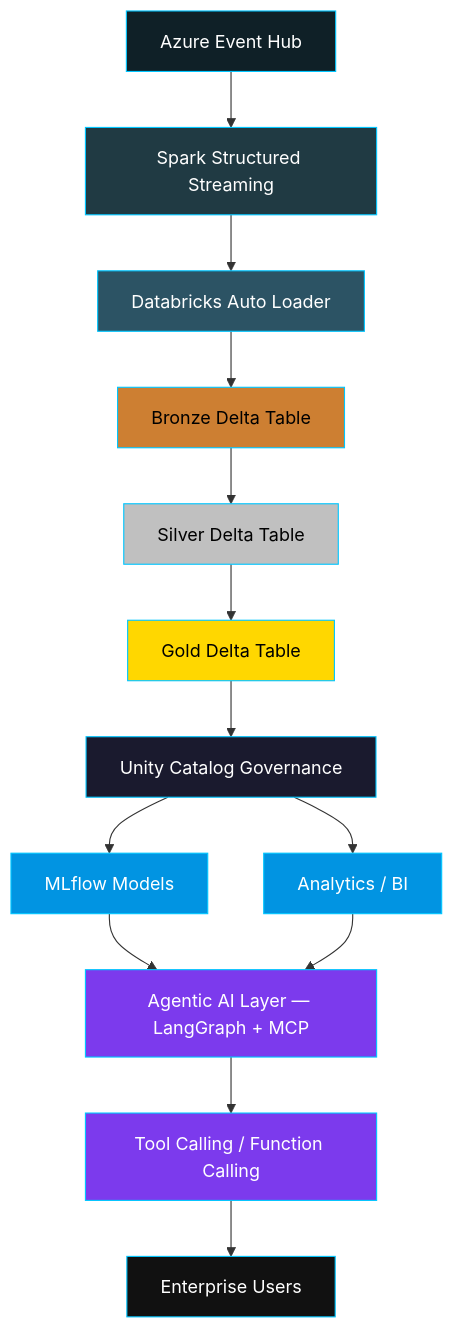
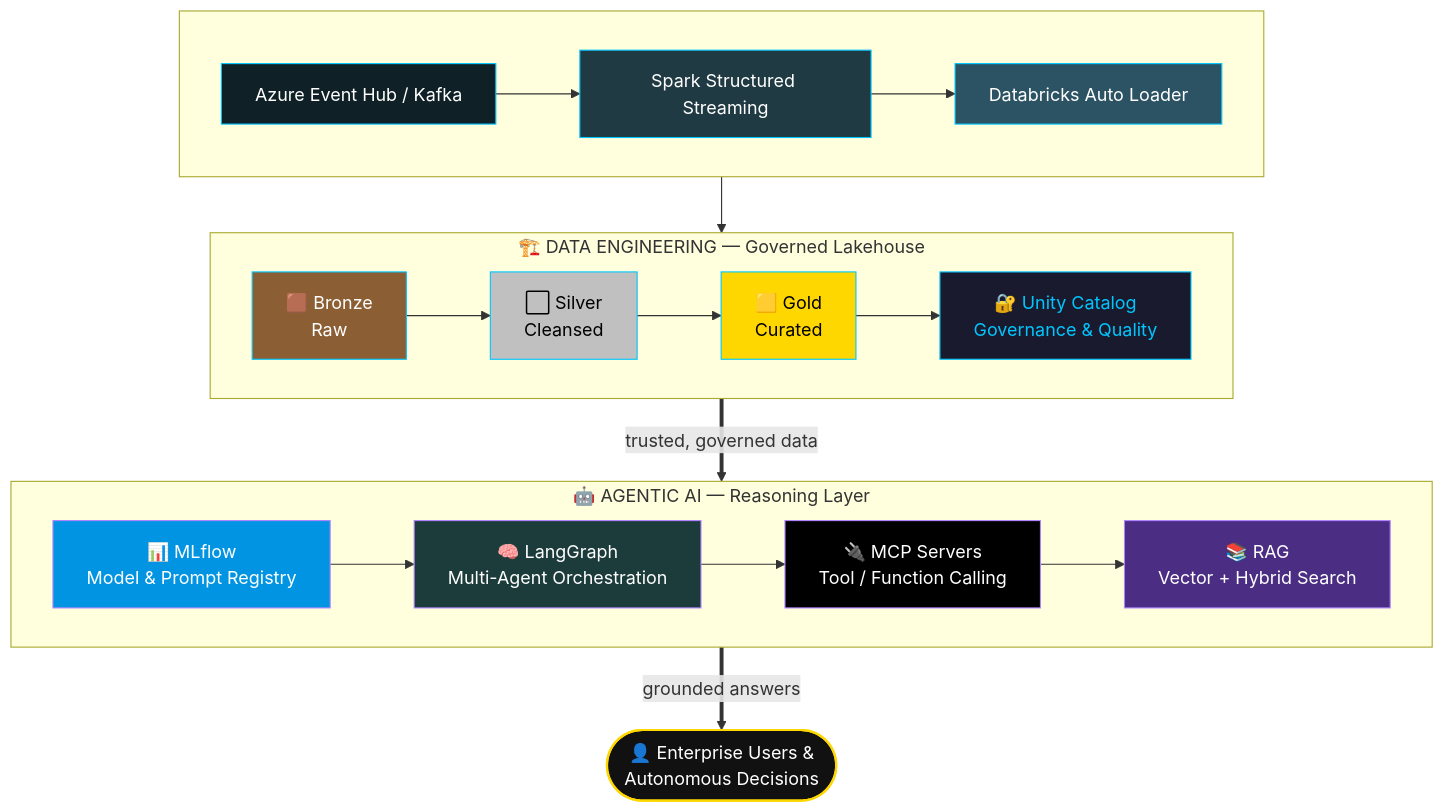
The second of 2 diagrams in README.md (Tahafurkhan/tahafurkhan), drawn with Mermaid before and after one commit. The commit also changed other lines of this file, not shown here.

Commit message:
Add conceptual convergence diagram (equal-weight Data Engineer + Agentic AI fusion) and gradient dividers for a more cinematic feel

````diff
--- a/README.md
+++ b/README.md
@@ -36,28 +99,40 @@
 ```mermaid
 flowchart TD
-    A[Azure Event Hub] --> B[Spark Structured Streaming]
-    B --> C[Databricks Auto Loader]
-    C --> D[Bronze Delta Table]
-    D --> E[Silver Delta Table]
-    E --> F[Gold Delta Table]
-    F --> G[Unity Catalog Governance]
-    G --> H[MLflow Models]
-    G --> I[Analytics / BI]
-    H --> J[Agentic AI Layer — LangGraph + MCP]
-    I --> J
-    J --> K[Tool Calling / Function Calling]
-    K --> L[Enterprise Users]
+    subgraph L1[" "]
+        direction LR
+        EH[Azure Event Hub / Kafka] --> SS[Spark Structured Streaming]
+        SS --> AL[Databricks Auto Loader]
+    end
 
-    style A fill:#0F2027,color:#fff,stroke:#00C6FF
-    style B fill:#203A43,color:#fff,stroke:#00C6FF
-    style C fill:#2C5364,color:#fff,stroke:#00C6FF
-    style D fill:#CD7F32,color:#000,stroke:#00C6FF
-    style E fill:#C0C0C0,color:#000,stroke:#00C6FF
-    style F fill:#FFD700,color:#000,stroke:#00C6FF
-    style G fill:#1a1a2e,color:#fff,stroke:#00C6FF
-    style H fill:#0194E2,color:#fff,stroke:#00C6FF
-    style I fill:#0194E2,color:#fff,stroke:#00C6FF
-    style J fill:#7C3AED,color:#fff,stroke:#00C6FF
-    style K fill:#7C3AED,color:#fff,stroke:#00C6FF
-    style L fill:#111,color:#fff,stroke:#00C6FF
+    subgraph LAKE["🏗️ DATA ENGINEERING — Governed Lakehouse"]
+        direction LR
+        BR[🟫 Bronze<br/>Raw] --> SI[⬜ Silver<br/>Cleansed] --> GO[🟨 Gold<br/>Curated]
+        GO --> UC[🔐 Unity Catalog<br/>Governance & Quality]
+    end
+
+    subgraph AGENTS["🤖 AGENTIC AI — Reasoning Layer"]
+        direction LR
+        MF[📊 MLflow<br/>Model & Prompt Registry] --> LG[🧠 LangGraph<br/>Multi-Agent Orchestration]
+        LG --> MCP[🔌 MCP Servers<br/>Tool / Function Calling]
+        MCP --> RAG[📚 RAG<br/>Vector + Hybrid Search]
+    end
+
+    L1 --> LAKE
+    UC ==>|"trusted, governed data"| MF
+    RAG ==>|"grounded answers"| USR
+
+    USR(["👤 Enterprise Users &<br/>Autonomous Decisions"])
+
+    style EH fill:#0F2027,color:#fff,stroke:#00C6FF
+    style SS fill:#203A43,color:#fff,stroke:#00C6FF
+    style AL fill:#2C5364,color:#fff,stroke:#00C6FF
+    style BR fill:#8B5E34,color:#fff,stroke:#00C6FF
+    style SI fill:#C0C0C0,color:#000,stroke:#00C6FF
+    style GO fill:#FFD700,color:#000,stroke:#00C6FF
+    style UC fill:#1a1a2e,color:#00C6FF,stroke:#00C6FF
+    style MF fill:#0194E2,color:#fff,stroke:#B084FF
+    style LG fill:#1C3C3C,color:#fff,stroke:#B084FF
+    style MCP fill:#000000,color:#fff,stroke:#B084FF
+    style RAG fill:#4B2E83,color:#fff,stroke:#B084FF
+    style USR fill:#111,color:#fff,stroke:#FFD700,stroke-width:2px
 ```
````
